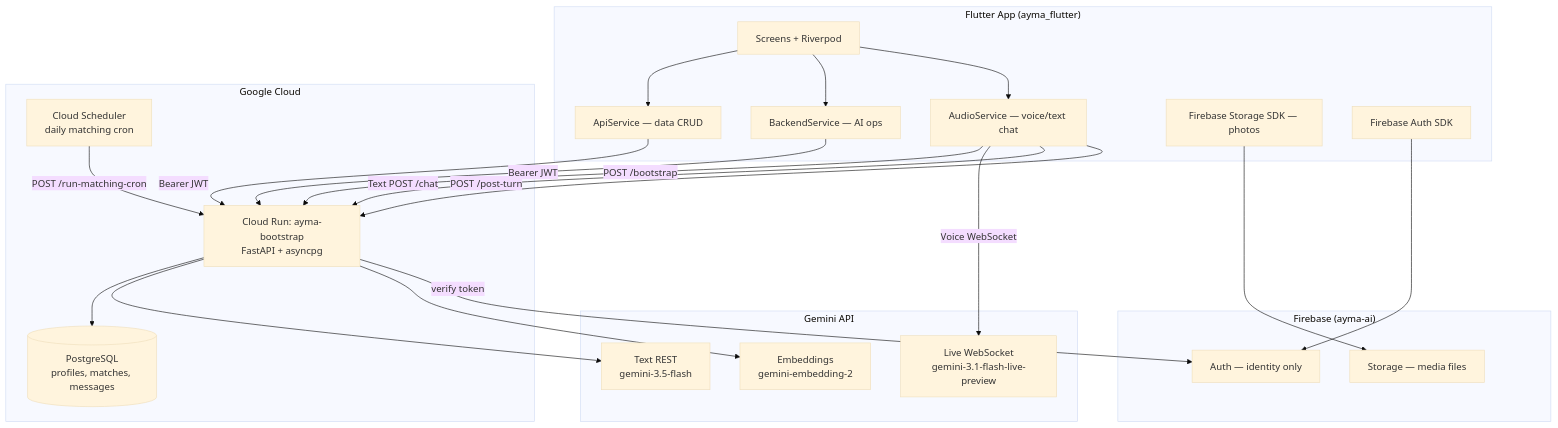
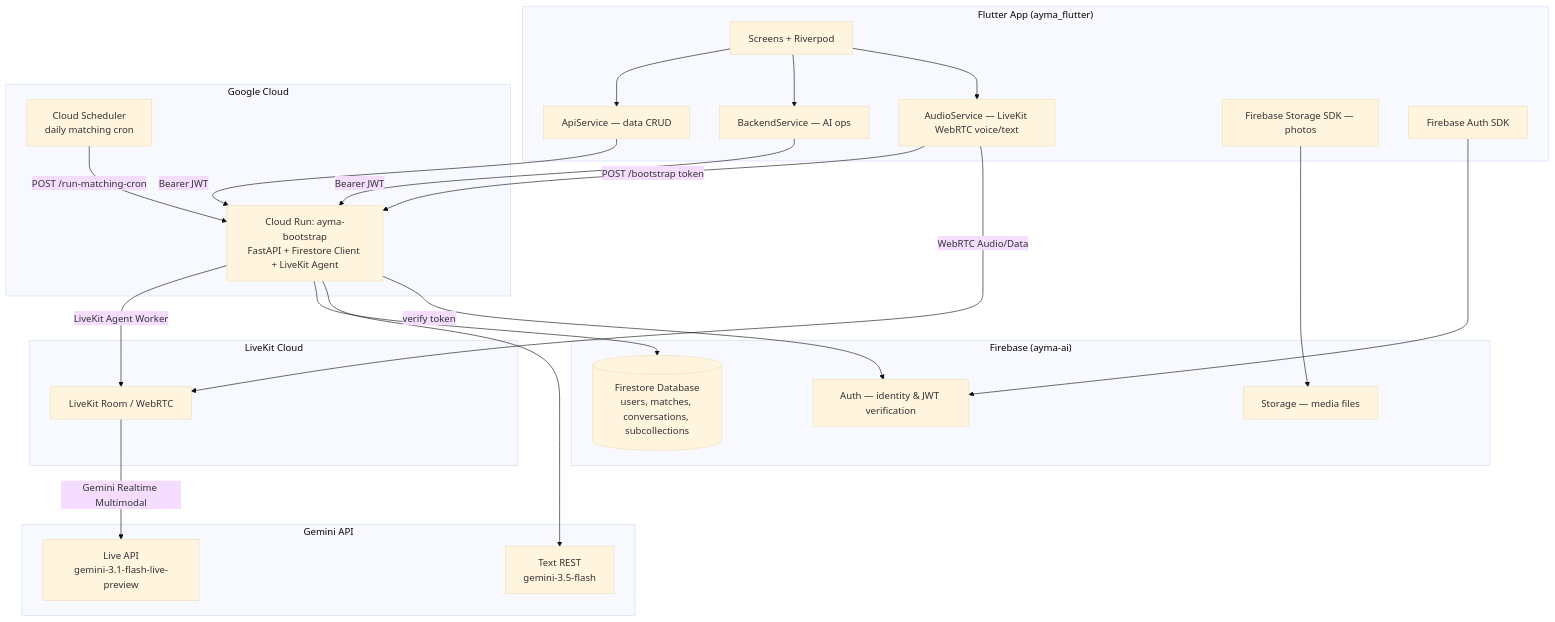
One commit to suhailps93/ayma changed the diagram in docs/ARCHITECTURE.md. Above: the diagram before and after it, drawn with Mermaid (base theme). The commit also changed other lines of this file and 26 other files, not shown here.

Commit message:
Stabilize production backend and chat flows

````diff
--- a/docs/ARCHITECTURE.md
+++ b/docs/ARCHITECTURE.md
@@ -19,42 +19,45 @@
 ```mermaid
 flowchart TB
   subgraph Client["Flutter App (ayma_flutter)"]
     UI[Screens + Riverpod]
     ApiSvc[ApiService — data CRUD]
     BackendSvc[BackendService — AI ops]
-    AudioSvc[AudioService — voice/text chat]
+    AudioSvc[AudioService — LiveKit WebRTC voice/text]
     Storage[Firebase Storage SDK — photos]
     Auth[Firebase Auth SDK]
   end
 
   subgraph GCP["Google Cloud"]
-    CR[Cloud Run: ayma-bootstrap<br/>FastAPI + asyncpg]
-    PG[(PostgreSQL<br/>profiles, matches, messages)]
+    CR[Cloud Run: ayma-bootstrap<br/>FastAPI + Firestore Client + LiveKit Agent]
     Scheduler[Cloud Scheduler<br/>daily matching cron]
   end
 
   subgraph Firebase["Firebase (ayma-ai)"]
-    FAuth[Auth — identity only]
+    FAuth[Auth — identity & JWT verification]
     FStore[Storage — media files]
+    FSDB[(Firestore Database<br/>users, matches, conversations, subcollections)]
+  end
+
+  subgraph LiveKit["LiveKit Cloud"]
+    LKR[LiveKit Room / WebRTC]
   end
 
   subgraph Gemini["Gemini API"]
-    Live[Live WebSocket<br/>gemini-3.1-flash-live-preview]
+    Live[Live API<br/>gemini-3.1-flash-live-preview]
     Text[Text REST<br/>gemini-3.5-flash]
-    Embed[Embeddings<br/>gemini-embedding-2]
   end
 
   UI --> ApiSvc & BackendSvc & AudioSvc
   Auth --> FAuth
   Storage --> FStore
   ApiSvc -->|Bearer JWT| CR
   BackendSvc -->|Bearer JWT| CR
-  AudioSvc -->|POST /bootstrap| CR
-  AudioSvc -->|Voice WebSocket| Live
-  AudioSvc -->|Text POST /chat| CR
-  AudioSvc -->|POST /post-turn| CR
-  CR --> PG
-  CR --> Text & Embed
+  AudioSvc -->|POST /bootstrap token| CR
+  AudioSvc -->|WebRTC Audio/Data| LKR
+  CR -->|LiveKit Agent Worker| LKR
+  LKR -->|Gemini Realtime Multimodal| Live
+  CR --> FSDB
+  CR --> Text
   Scheduler -->|POST /run-matching-cron| CR
   CR -->|verify token| FAuth
 ```
````
